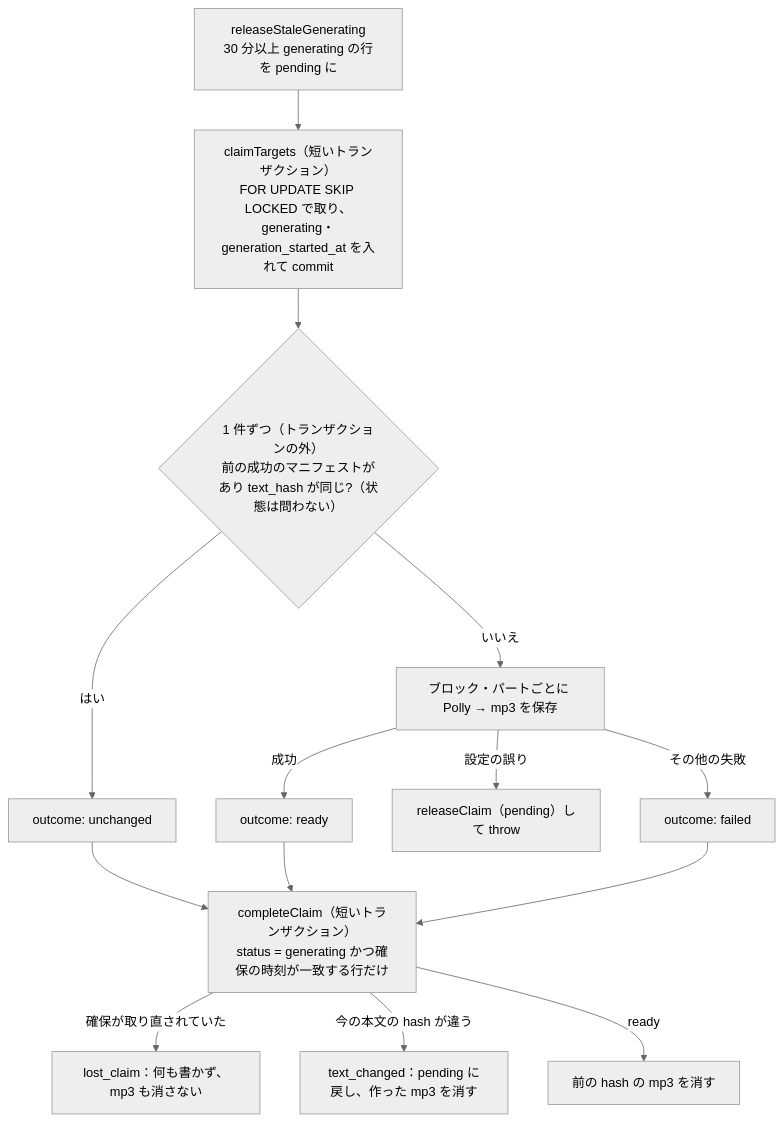
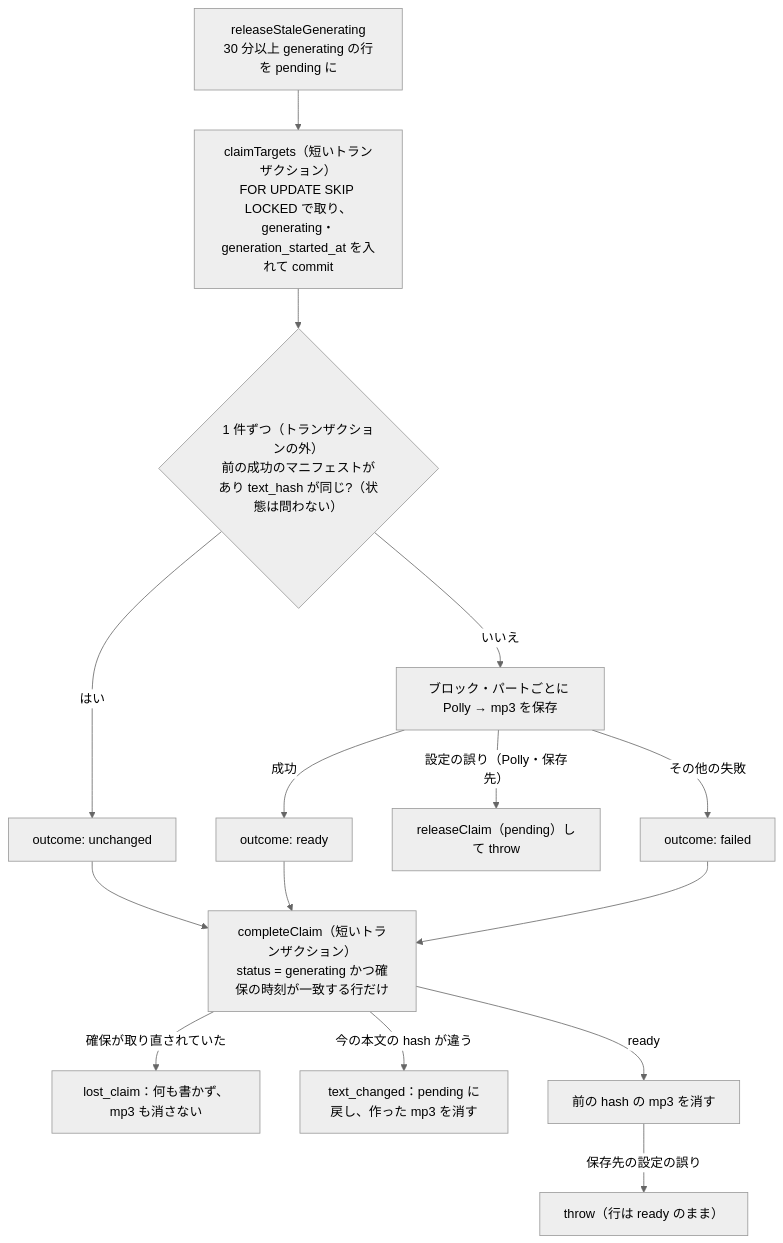
One commit to kentakki416/tech-english changed the diagram in docs/spec/read-aloud/tasks/step3-cron-generate-audio.md. Above: the diagram before and after it, drawn with Mermaid (neutral theme). The commit also changed other lines of this file and 17 other files, not shown here.

````diff
--- a/docs/spec/read-aloud/tasks/step3-cron-generate-audio.md
+++ b/docs/spec/read-aloud/tasks/step3-cron-generate-audio.md
@@ -28,16 +28,17 @@
 ```mermaid
 flowchart TD
     A["releaseStaleGenerating<br/>30 分以上 generating の行を pending に"] --> B["claimTargets（短いトランザクション）<br/>FOR UPDATE SKIP LOCKED で取り、generating・generation_started_at を入れて commit"]
     B --> C{"1 件ずつ（トランザクションの外）<br/>前の成功のマニフェストがあり text_hash が同じ?（状態は問わない）"}
     C -- はい --> U[outcome: unchanged]
     C -- いいえ --> E["ブロック・パートごとに Polly → mp3 を保存"]
     E -- 成功 --> R[outcome: ready]
-    E -- 設定の誤り --> X["releaseClaim（pending）して throw"]
+    E -- 設定の誤り（Polly・保存先） --> X["releaseClaim（pending）して throw"]
     E -- その他の失敗 --> F[outcome: failed]
     U --> W["completeClaim（短いトランザクション）<br/>status = generating かつ確保の時刻が一致する行だけ"]
     R --> W
     F --> W
     W -- 確保が取り直されていた --> L["lost_claim：何も書かず、mp3 も消さない"]
     W -- 今の本文の hash が違う --> T["text_changed：pending に戻し、作った mp3 を消す"]
     W -- ready --> D["前の hash の mp3 を消す"]
+    D -- 保存先の設定の誤り --> Y["throw（行は ready のまま）"]
 ```
````
